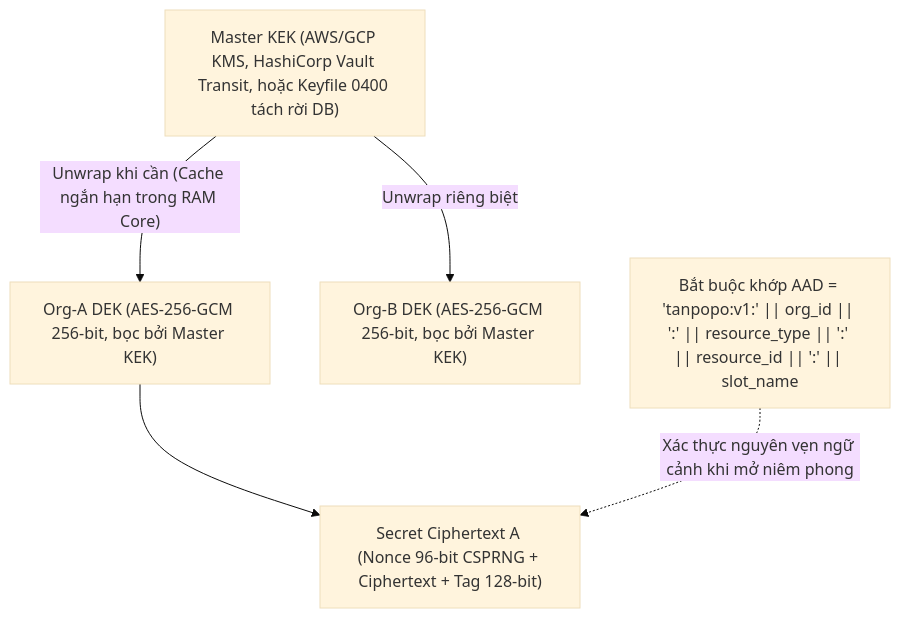
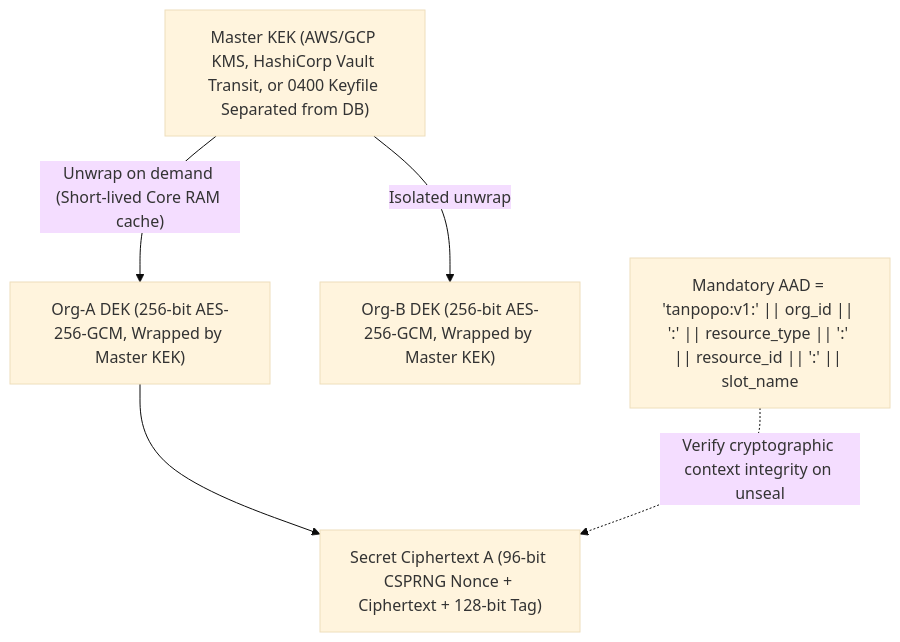
The diagram in docs/security/secrets-and-tenant-isolation.md (nguywnben/tanpopo), drawn with Mermaid (base theme) before and after one commit. The commit also changed other lines of this file and 111 other files, not shown here.

````diff
--- a/docs/security/secrets-and-tenant-isolation.md
+++ b/docs/security/secrets-and-tenant-isolation.md
@@ -15,13 +15,13 @@
 ```mermaid
 flowchart TD
-    KEK["Master KEK (AWS/GCP KMS, HashiCorp Vault Transit, hoặc Keyfile 0400 tách rời DB)"]
-    DEK_A["Org-A DEK (AES-256-GCM 256-bit, bọc bởi Master KEK)"]
-    DEK_B["Org-B DEK (AES-256-GCM 256-bit, bọc bởi Master KEK)"]
-    SEC_A["Secret Ciphertext A (Nonce 96-bit CSPRNG + Ciphertext + Tag 128-bit)"]
-    AAD_A["Bắt buộc khớp AAD = 'tanpopo:v1:' || org_id || ':' || resource_type || ':' || resource_id || ':' || slot_name"]
+    KEK["Master KEK (AWS/GCP KMS, HashiCorp Vault Transit, or 0400 Keyfile Separated from DB)"]
+    DEK_A["Org-A DEK (256-bit AES-256-GCM, Wrapped by Master KEK)"]
+    DEK_B["Org-B DEK (256-bit AES-256-GCM, Wrapped by Master KEK)"]
+    SEC_A["Secret Ciphertext A (96-bit CSPRNG Nonce + Ciphertext + 128-bit Tag)"]
+    AAD_A["Mandatory AAD = 'tanpopo:v1:' || org_id || ':' || resource_type || ':' || resource_id || ':' || slot_name"]
 
-    KEK -->|"Unwrap khi cần (Cache ngắn hạn trong RAM Core)"| DEK_A
-    KEK -->|"Unwrap riêng biệt"| DEK_B
+    KEK -->|"Unwrap on demand (Short-lived Core RAM cache)"| DEK_A
+    KEK -->|"Isolated unwrap"| DEK_B
     DEK_A --> SEC_A
-    AAD_A -.->|"Xác thực nguyên vẹn ngữ cảnh khi mở niêm phong"| SEC_A
+    AAD_A -.->|"Verify cryptographic context integrity on unseal"| SEC_A
 ```
````
